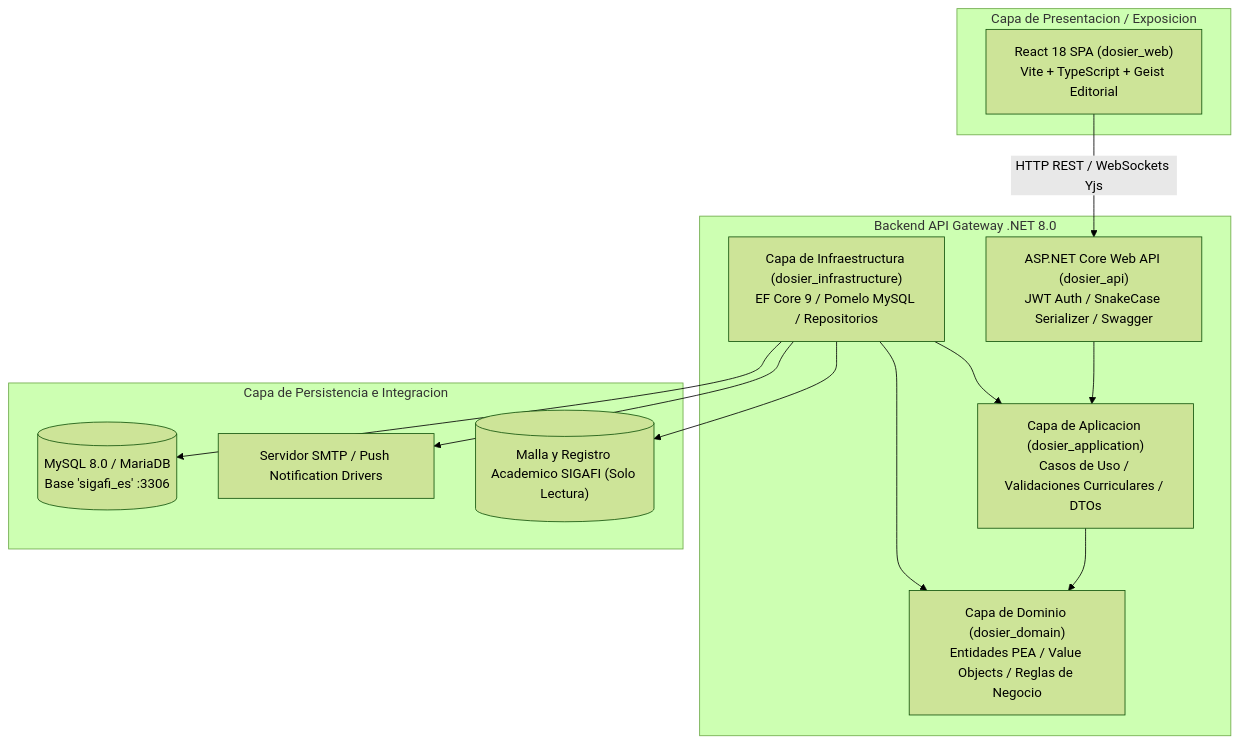
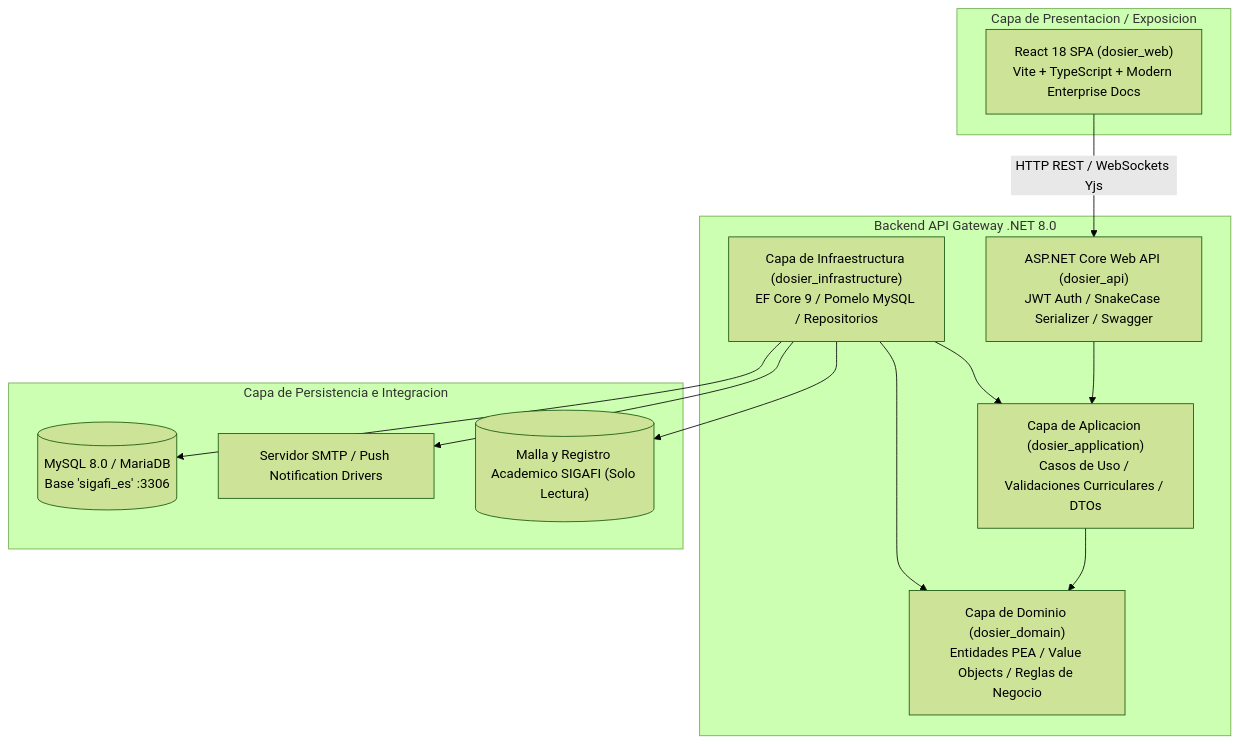
One commit to JorgeDoicela/dosier changed the first of 3 diagrams in docs/documentacion/01-arquitectura/01-macro-arquitectura-clean-arch.md. Above: the diagram before and after it, drawn with Mermaid (forest theme). The commit also changed other lines of this file and 47 other files, not shown here.

Commit message:
style: Modern Enterprise Docs v4

````diff
--- a/docs/documentacion/01-arquitectura/01-macro-arquitectura-clean-arch.md
+++ b/docs/documentacion/01-arquitectura/01-macro-arquitectura-clean-arch.md
@@ -21,30 +21,30 @@
 ```mermaid
 graph TD
     subgraph CapaPresentacion [Capa de Presentacion / Exposicion]
-        WebClient["React 18 SPA (dosier_web)\nVite + TypeScript + Geist Editorial"]
+        WebClient["React 18 SPA (dosier_web)\nVite + TypeScript + Modern Enterprise Docs"]
     end
 
     subgraph CapaBackend [Backend API Gateway .NET 8.0]
         APIGateway["ASP.NET Core Web API (dosier_api)\nJWT Auth / SnakeCase Serializer / Swagger"]
         AppCore["Capa de Aplicacion (dosier_application)\nCasos de Uso / Validaciones Curriculares / DTOs"]
         DomainCore["Capa de Dominio (dosier_domain)\nEntidades PEA / Value Objects / Reglas de Negocio"]
         InfraCore["Capa de Infraestructura (dosier_infrastructure)\nEF Core 9 / Pomelo MySQL / Repositorios"]
     end
 
     subgraph CapaPersistencia [Capa de Persistencia e Integracion]
         MySQLDB[(MySQL 8.0 / MariaDB\nBase 'sigafi_es' :3306)]
         MailSMTP["Servidor SMTP / Push Notification Drivers"]
         ExternalSIGAFI[("Malla y Registro Academico SIGAFI (Solo Lectura)")]
     end
 
     WebClient -->|HTTP REST / WebSockets Yjs| APIGateway
 
     APIGateway --> AppCore
     AppCore --> DomainCore
     InfraCore --> DomainCore
     InfraCore --> AppCore
 
     InfraCore --> MySQLDB
     InfraCore --> MailSMTP
     InfraCore --> ExternalSIGAFI
 ```
````
